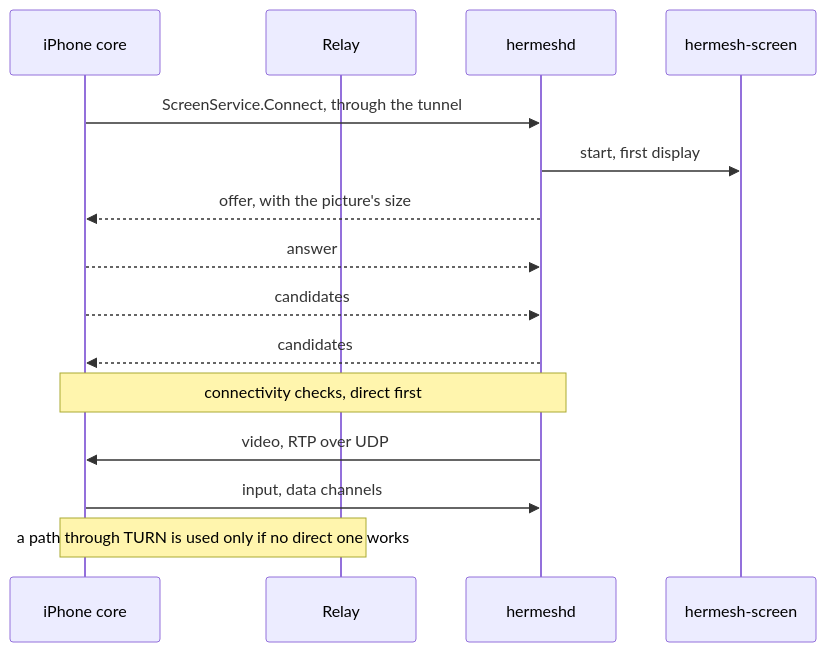
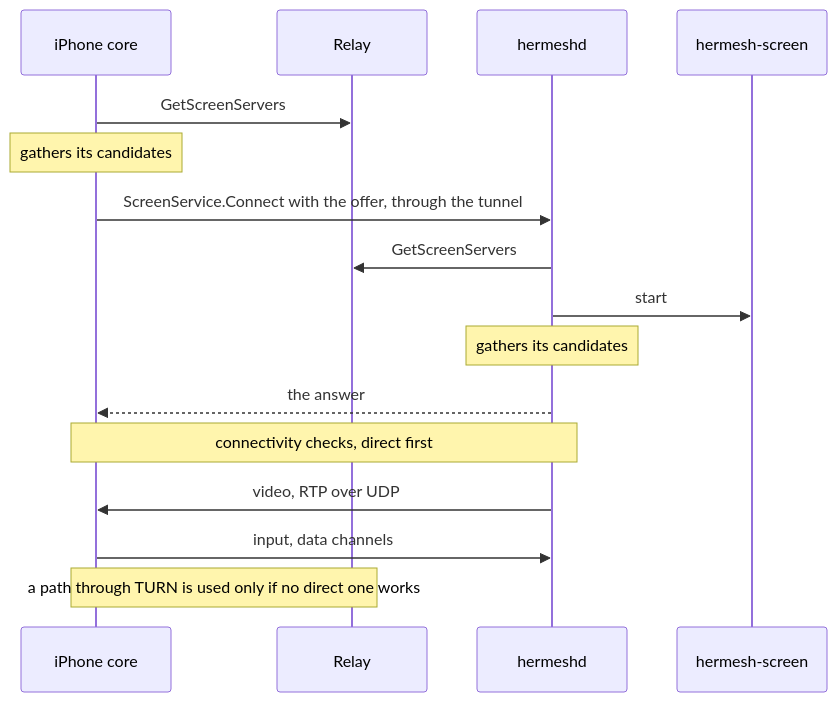
The second of 2 diagrams in docs/computer-control.md (hermeshai/hermesh), drawn with Mermaid before and after one commit. The commit also changed other lines of this file and 21 other files, not shown here.

````diff
--- a/docs/computer-control.md
+++ b/docs/computer-control.md
@@ -98,17 +100,18 @@
 ```mermaid
 sequenceDiagram
     participant P as iPhone core
     participant R as Relay
     participant D as hermeshd
     participant H as hermesh-screen
-    P->>D: ScreenService.Connect, through the tunnel
-    D->>H: start, first display
-    D-->>P: offer, with the picture's size
-    P-->>D: answer
-    P-->>D: candidates
-    D-->>P: candidates
+    P->>R: GetScreenServers
+    Note over P: gathers its candidates
+    P->>D: ScreenService.Connect with the offer, through the tunnel
+    D->>R: GetScreenServers
+    D->>H: start
+    Note over D: gathers its candidates
+    D-->>P: the answer
     Note over P,D: connectivity checks, direct first
     D->>P: video, RTP over UDP
     P->>D: input, data channels
     Note over P,R: a path through TURN is used only if no direct one works
 ```
````
